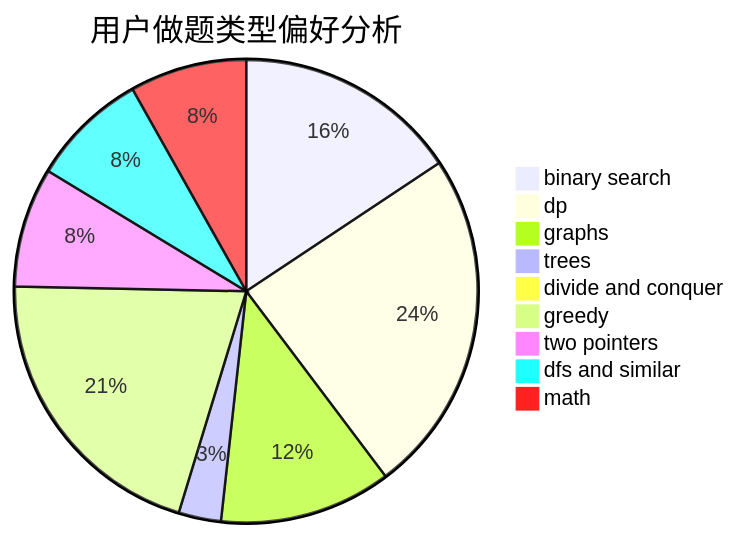
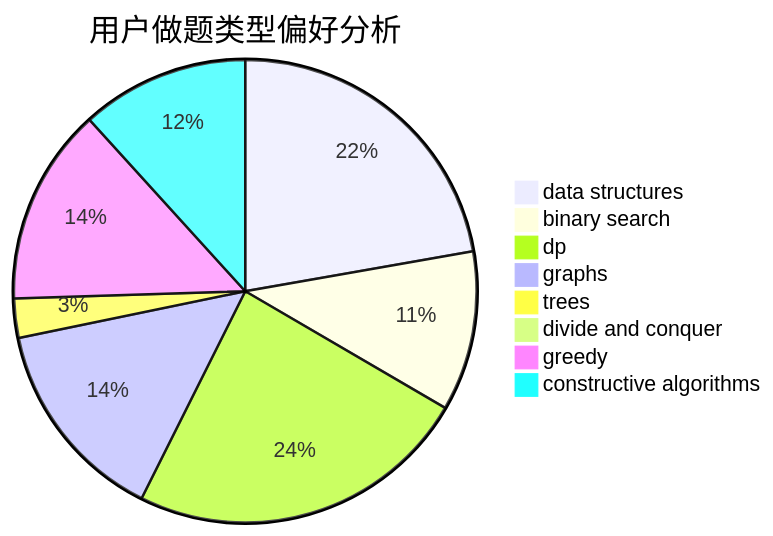
The second of 3 diagrams in docs/user/u159.md (sherpahu/cfrs.github.io), drawn with Mermaid before and after one commit. The commit also changed other lines of this file and 2775 other files, not shown here.

````diff
--- a/docs/user/u159.md
+++ b/docs/user/u159.md
@@ -23,12 +23,11 @@
 ```mermaid
 pie title 用户做题类型偏好分析
-    "binary search" :  386
-    "dp" :  593
-    "graphs" :  296
-    "trees" :  73
-    "divide and conquer" :  9
-    "greedy" :  508
-    "two pointers" :  206
-    "dfs and similar" :  201
-    "math" :  201
+    "data structures" :  396
+    "binary search" :  199
+    "dp" :  427
+    "graphs" :  256
+    "trees" :  49
+    "divide and conquer" :  0
+    "greedy" :  245
+    "constructive algorithms" :  209
 ```
````
